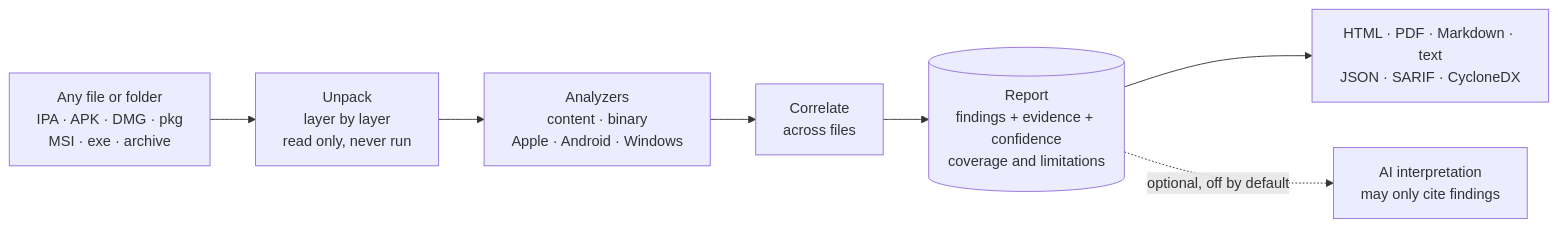
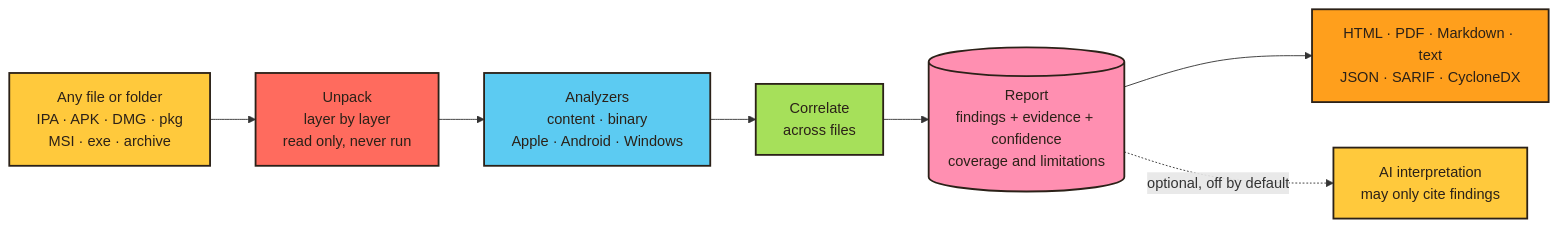
Before and after one commit to atomsprout/analyze-anything: the first of 2 diagrams in README.md, drawn with Mermaid. The commit also changed other lines of this file and 1 other file, not shown here.

Commit message:
README: the two diagrams run left to right, in the site's colours

````diff
--- a/README.md
+++ b/README.md
@@ -72,9 +72,15 @@
 ```mermaid
 flowchart LR
-  input["Any file or folder<br/>IPA · APK · DMG · pkg<br/>MSI · exe · archive"] --> unpack["Unpack<br/>layer by layer<br/>read only, never run"]
-  unpack --> analyze["Analyzers<br/>content · binary<br/>Apple · Android · Windows"]
-  analyze --> relate["Correlate<br/>across files"]
-  relate --> report[("Report<br/>findings + evidence + confidence<br/>coverage and limitations")]
-  report --> formats["HTML · PDF · Markdown · text<br/>JSON · SARIF · CycloneDX"]
-  report -. "optional, off by default" .-> ai["AI interpretation<br/>may only cite findings"]
+  input["Any file or folder<br/>IPA · APK · DMG · pkg<br/>MSI · exe · archive"]:::sun --> unpack["Unpack<br/>layer by layer<br/>read only, never run"]:::coral
+  unpack --> analyze["Analyzers<br/>content · binary<br/>Apple · Android · Windows"]:::sky
+  analyze --> relate["Correlate<br/>across files"]:::lime
+  relate --> report[("Report<br/>findings + evidence + confidence<br/>coverage and limitations")]:::pink
+  report --> formats["HTML · PDF · Markdown · text<br/>JSON · SARIF · CycloneDX"]:::orange
+  report -. "optional, off by default" .-> ai["AI interpretation<br/>may only cite findings"]:::sun
+  classDef sun fill:#ffc93c,stroke:#2b2118,stroke-width:2px,color:#2b2118;
+  classDef coral fill:#ff6b5e,stroke:#2b2118,stroke-width:2px,color:#2b2118;
+  classDef sky fill:#5ccbf2,stroke:#2b2118,stroke-width:2px,color:#2b2118;
+  classDef lime fill:#a6e05a,stroke:#2b2118,stroke-width:2px,color:#2b2118;
+  classDef pink fill:#ff8fb1,stroke:#2b2118,stroke-width:2px,color:#2b2118;
+  classDef orange fill:#ff9f1c,stroke:#2b2118,stroke-width:2px,color:#2b2118;
 ```
````
